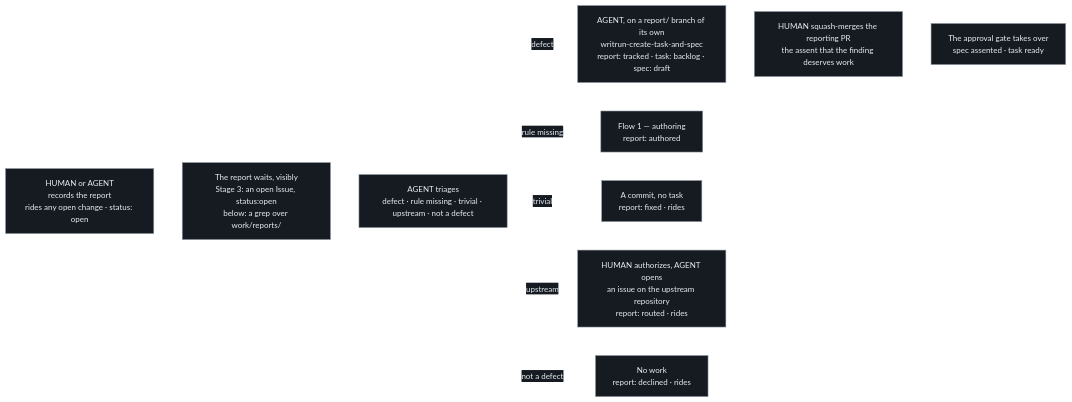
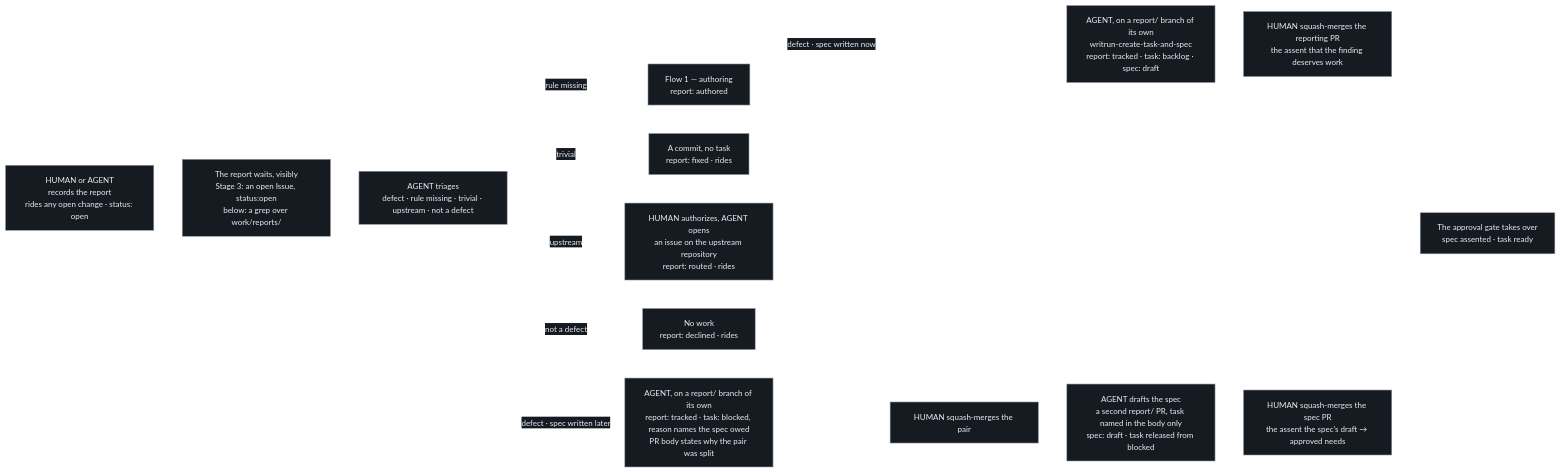
Before and after one commit to thomasfranke/writrun: the second of 2 diagrams in docs/product/stage-1-tasks-and-specs/authoring.md, drawn with Mermaid. The commit also changed other lines of this file and 8 other files, not shown here.

First line of the commit message:
[TASK-0053] [Docs][Product] State the route a spec takes when it lands after its task (#202)

````diff
--- a/docs/product/stage-1-tasks-and-specs/authoring.md
+++ b/docs/product/stage-1-tasks-and-specs/authoring.md
@@ -156,16 +191,21 @@
 ```mermaid
 %%{init: {'theme':'base','themeVariables':{'background':'#0d1117','primaryColor':'#161b22','primaryTextColor':'#e6edf3','primaryBorderColor':'#8b949e','lineColor':'#ffffff','secondaryColor':'#161b22','tertiaryColor':'#161b22','fontSize':'14px'}}}%%
 flowchart LR
     A["HUMAN or AGENT<br/>records the report<br/>rides any open change · status: open"]
     W["The report waits, visibly<br/>Stage 3: an open Issue, status:open<br/>below: a grep over work/reports/"]
     B["AGENT triages<br/>defect · rule missing · trivial · upstream · not a defect"]
     C["AGENT, on a report/ branch of its own<br/>writrun-create-task-and-spec<br/>report: tracked · task: backlog · spec: draft"]
     H["HUMAN squash-merges the reporting PR<br/>the assent that the finding deserves work"]
     D["The approval gate takes over<br/>spec assented · task ready"]
+    C2["AGENT, on a report/ branch of its own<br/>report: tracked · task: blocked, reason names the spec owed<br/>PR body states why the pair was split"]
+    H2["HUMAN squash-merges the pair"]
+    S["AGENT drafts the spec<br/>a second report/ PR, task named in the body only<br/>spec: draft · task released from blocked"]
+    H3["HUMAN squash-merges the spec PR<br/>the assent the spec's draft → approved needs"]
     A --> W --> B
-    B -->|"defect"| C --> H --> D
+    B -->|"defect · spec written now"| C --> H --> D
+    B -->|"defect · spec written later"| C2 --> H2 --> S --> H3 --> D
     B -->|"rule missing"| E["Flow 1 — authoring<br/>report: authored"]
     B -->|"trivial"| F["A commit, no task<br/>report: fixed · rides"]
     B -->|"upstream"| U["HUMAN authorizes, AGENT opens<br/>an issue on the upstream repository<br/>report: routed · rides"]
     B -->|"not a defect"| G["No work<br/>report: declined · rides"]
 ```
````
